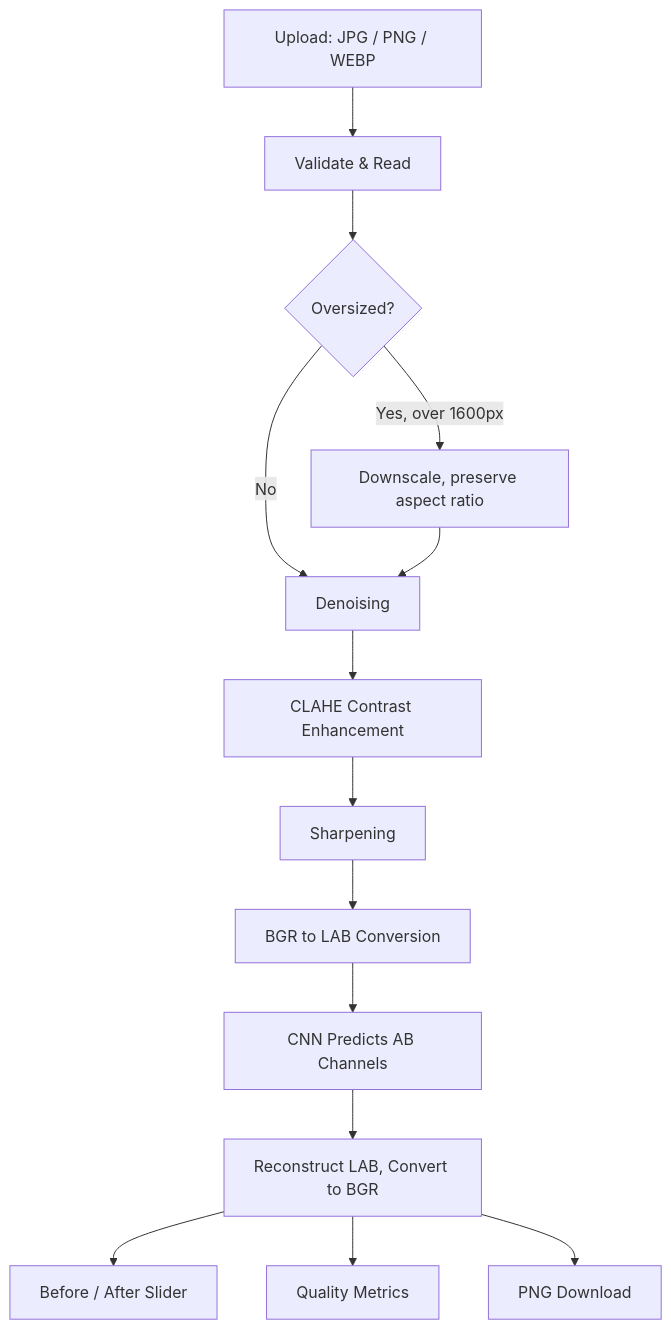
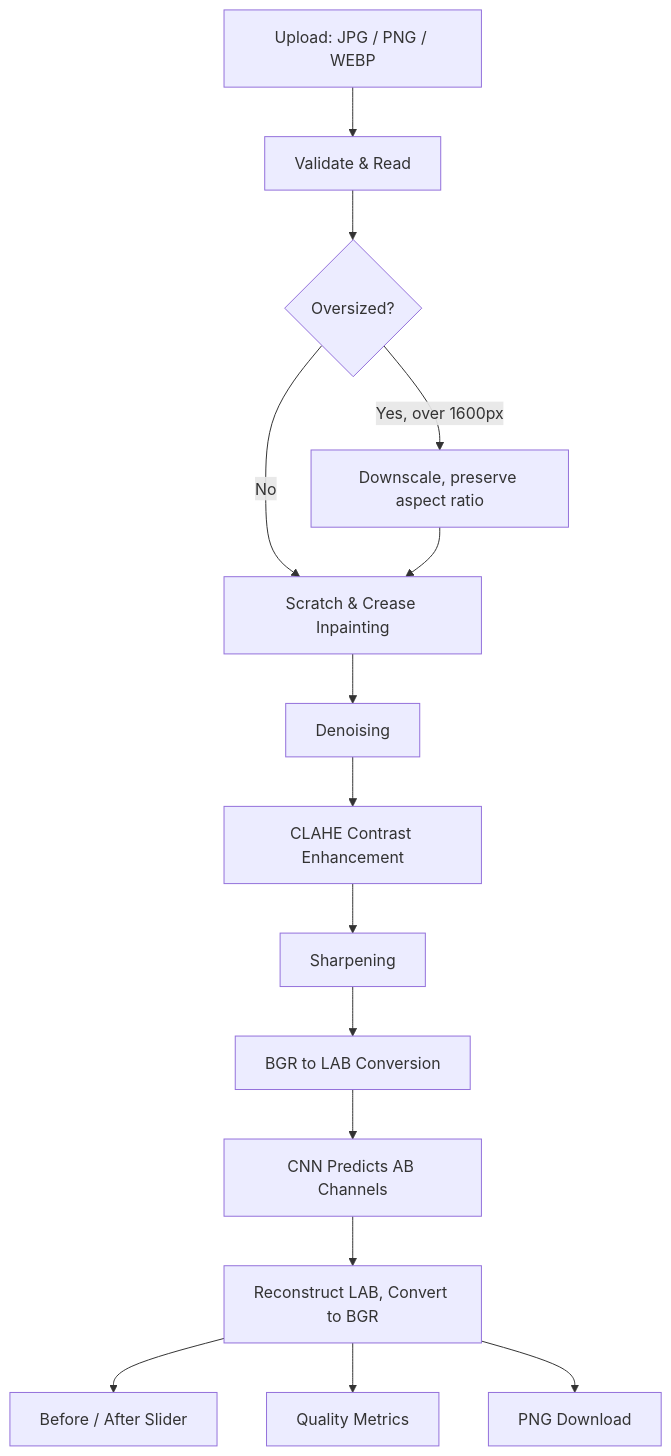
Before and after one commit to RohitRadhakrishnanRR/PixelRevive-AI: the diagram in README.md, drawn with Mermaid. The commit also changed other lines of this file and 8 other files, not shown here.

Commit message:
Add morphological scratch and crease inpainting stage with automated tests

````diff
--- a/README.md
+++ b/README.md
@@ -30,16 +30,17 @@
 ```mermaid
 flowchart TD
     A[Upload: JPG / PNG / WEBP] --> B[Validate & Read]
     B --> C{Oversized?}
     C -->|"Yes, over 1600px"| D[Downscale, preserve aspect ratio]
-    C -->|No| E[Denoising]
-    D --> E
+    C -->|No| E0[Scratch & Crease Inpainting]
+    D --> E0
+    E0 --> E[Denoising]
     E --> F[CLAHE Contrast Enhancement]
     F --> G[Sharpening]
     G --> H[BGR to LAB Conversion]
     H --> I[CNN Predicts AB Channels]
     I --> J[Reconstruct LAB, Convert to BGR]
     J --> K[Before / After Slider]
     J --> L[Quality Metrics]
     J --> M[PNG Download]
 ```
````
